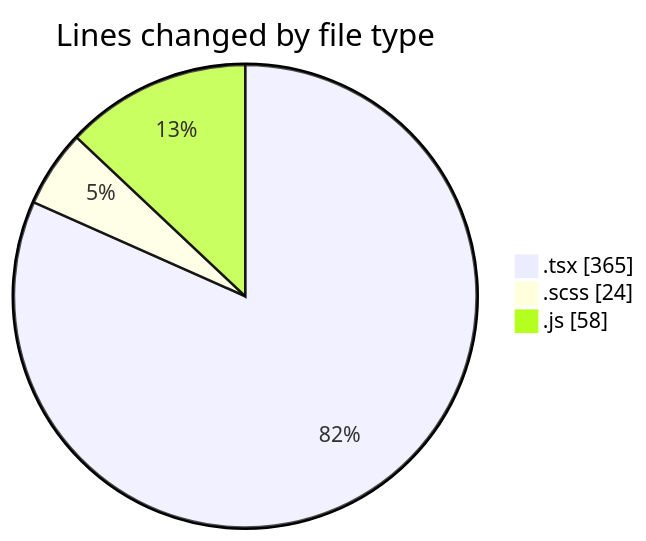
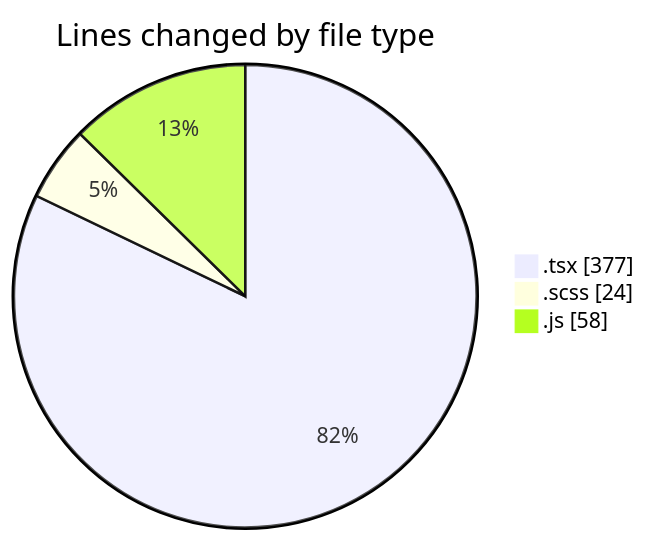
The first of 2 diagrams in 2025-05-02/cda/README.md (momahboobian/code-tracking), drawn with Mermaid before and after one commit. The commit also changed other lines of this file and 1 other file, not shown here.

````diff
--- a/2025-05-02/cda/README.md
+++ b/2025-05-02/cda/README.md
@@ -23,7 +23,7 @@
 ```mermaid
 pie showData
 title Lines changed by file type
-".tsx" : 365
+".tsx" : 377
 ".scss" : 24
 ".js" : 58
 ```
````
